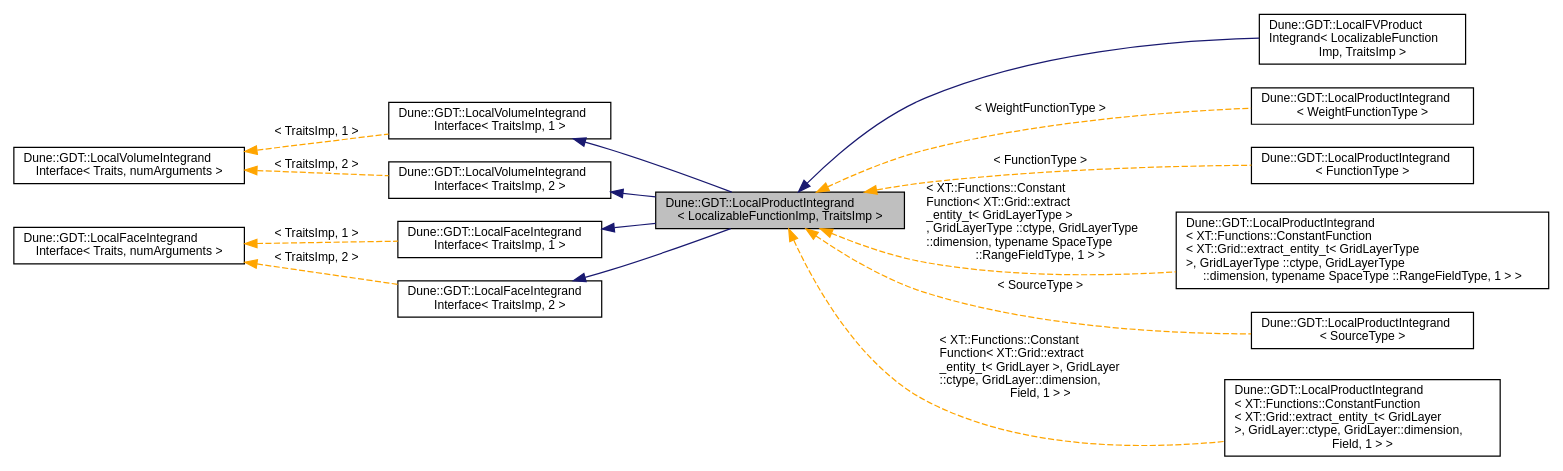
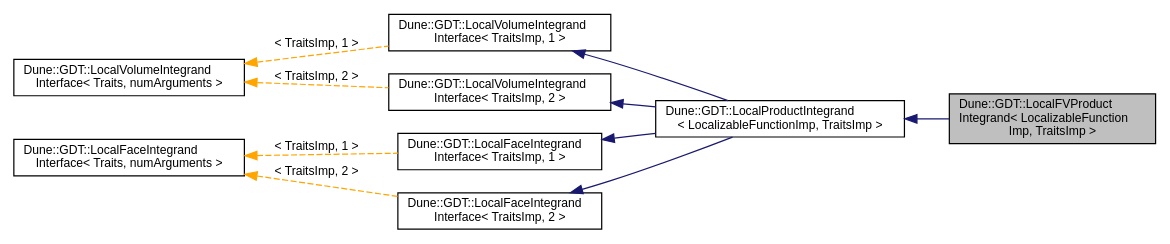
One commit to dune-community/dune-community.github.io changed the diagram in docs/dune-gdt/master/a01604.dot. Above: the diagram before and after it, drawn with Graphviz. The commit also changed 2446 other files, not shown here.

Commit message:
Updated documentation for dune-gdt master

```diff
--- a/docs/dune-gdt/master/a01604.dot
+++ b/docs/dune-gdt/master/a01604.dot
@@ -1,33 +1,23 @@
-digraph "Dune::GDT::LocalProductIntegrand&lt; LocalizableFunctionImp, TraitsImp &gt;"
+digraph "Dune::GDT::LocalFVProductIntegrand&lt; LocalizableFunctionImp, TraitsImp &gt;"
 {
   edge [fontname="Helvetica",fontsize="10",labelfontname="Helvetica",labelfontsize="10"];
   node [fontname="Helvetica",fontsize="10",shape=record];
   rankdir="LR";
-  Node0 [label="Dune::GDT::LocalProductIntegrand\l\< LocalizableFunctionImp, TraitsImp \>",height=0.2,width=0.4,color="black", fillcolor="grey75", style="filled", fontcolor="black"];
+  Node0 [label="Dune::GDT::LocalFVProduct\lIntegrand\< LocalizableFunction\lImp, TraitsImp \>",height=0.2,width=0.4,color="black", fillcolor="grey75", style="filled", fontcolor="black"];
   Node1 -> Node0 [dir="back",color="midnightblue",fontsize="10",style="solid",fontname="Helvetica"];
-  Node1 [label="Dune::GDT::LocalVolumeIntegrand\lInterface\< TraitsImp, 1 \>",height=0.2,width=0.4,color="black", fillcolor="white", style="filled",URL="$a01545.html"];
-  Node2 -> Node1 [dir="back",color="orange",fontsize="10",style="dashed",label=" \< TraitsImp, 1 \>" ,fontname="Helvetica"];
-  Node2 [label="Dune::GDT::LocalVolumeIntegrand\lInterface\< Traits, numArguments \>",height=0.2,width=0.4,color="black", fillcolor="white", style="filled",URL="$a01545.html",tooltip="Interface for local evaluations that depend on a codim 0 entity. "];
-  Node3 -> Node0 [dir="back",color="midnightblue",fontsize="10",style="solid",fontname="Helvetica"];
-  Node3 [label="Dune::GDT::LocalVolumeIntegrand\lInterface\< TraitsImp, 2 \>",height=0.2,width=0.4,color="black", fillcolor="white", style="filled",URL="$a01545.html"];
-  Node2 -> Node3 [dir="back",color="orange",fontsize="10",style="dashed",label=" \< TraitsImp, 2 \>" ,fontname="Helvetica"];
-  Node4 -> Node0 [dir="back",color="midnightblue",fontsize="10",style="solid",fontname="Helvetica"];
-  Node4 [label="Dune::GDT::LocalFaceIntegrand\lInterface\< TraitsImp, 1 \>",height=0.2,width=0.4,color="black", fillcolor="white", style="filled",URL="$a01557.html"];
-  Node5 -> Node4 [dir="back",color="orange",fontsize="10",style="dashed",label=" \< TraitsImp, 1 \>" ,fontname="Helvetica"];
-  Node5 [label="Dune::GDT::LocalFaceIntegrand\lInterface\< Traits, numArguments \>",height=0.2,width=0.4,color="black", fillcolor="white", style="filled",URL="$a01557.html",tooltip="Interface for local evaluations that depend on an intersection. "];
-  Node6 -> Node0 [dir="back",color="midnightblue",fontsize="10",style="solid",fontname="Helvetica"];
-  Node6 [label="Dune::GDT::LocalFaceIntegrand\lInterface\< TraitsImp, 2 \>",height=0.2,width=0.4,color="black", fillcolor="white", style="filled",URL="$a01557.html"];
-  Node5 -> Node6 [dir="back",color="orange",fontsize="10",style="dashed",label=" \< TraitsImp, 2 \>" ,fontname="Helvetica"];
-  Node0 -> Node7 [dir="back",color="midnightblue",fontsize="10",style="solid",fontname="Helvetica"];
-  Node7 [label="Dune::GDT::LocalFVProduct\lIntegrand\< LocalizableFunction\lImp, TraitsImp \>",height=0.2,width=0.4,color="black", fillcolor="white", style="filled",URL="$a01609.html",tooltip="Computes a product evaluation for a finite volume basis. "];
-  Node0 -> Node8 [dir="back",color="orange",fontsize="10",style="dashed",label=" \< WeightFunctionType \>" ,fontname="Helvetica"];
-  Node8 [label="Dune::GDT::LocalProductIntegrand\l\< WeightFunctionType \>",height=0.2,width=0.4,color="black", fillcolor="white", style="filled",URL="$a01605.html"];
-  Node0 -> Node9 [dir="back",color="orange",fontsize="10",style="dashed",label=" \< FunctionType \>" ,fontname="Helvetica"];
-  Node9 [label="Dune::GDT::LocalProductIntegrand\l\< FunctionType \>",height=0.2,width=0.4,color="black", fillcolor="white", style="filled",URL="$a01605.html"];
-  Node0 -> Node10 [dir="back",color="orange",fontsize="10",style="dashed",label=" \< XT::Functions::Constant\lFunction\< XT::Grid::extract\l_entity_t\< GridLayerType \>\l, GridLayerType ::ctype, GridLayerType\l ::dimension, typename SpaceType \l::RangeFieldType, 1 \> \>" ,fontname="Helvetica"];
-  Node10 [label="Dune::GDT::LocalProductIntegrand\l\< XT::Functions::ConstantFunction\l\< XT::Grid::extract_entity_t\< GridLayerType\l \>, GridLayerType ::ctype, GridLayerType\l ::dimension, typename SpaceType ::RangeFieldType, 1 \> \>",height=0.2,width=0.4,color="black", fillcolor="white", style="filled",URL="$a01605.html"];
-  Node0 -> Node11 [dir="back",color="orange",fontsize="10",style="dashed",label=" \< SourceType \>" ,fontname="Helvetica"];
-  Node11 [label="Dune::GDT::LocalProductIntegrand\l\< SourceType \>",height=0.2,width=0.4,color="black", fillcolor="white", style="filled",URL="$a01605.html"];
-  Node0 -> Node12 [dir="back",color="orange",fontsize="10",style="dashed",label=" \< XT::Functions::Constant\lFunction\< XT::Grid::extract\l_entity_t\< GridLayer \>, GridLayer\l::ctype, GridLayer::dimension,\l Field, 1 \> \>" ,fontname="Helvetica"];
-  Node12 [label="Dune::GDT::LocalProductIntegrand\l\< XT::Functions::ConstantFunction\l\< XT::Grid::extract_entity_t\< GridLayer\l \>, GridLayer::ctype, GridLayer::dimension,\l Field, 1 \> \>",height=0.2,width=0.4,color="black", fillcolor="white", style="filled",URL="$a01605.html"];
+  Node1 [label="Dune::GDT::LocalProductIntegrand\l\< LocalizableFunctionImp, TraitsImp \>",height=0.2,width=0.4,color="black", fillcolor="white", style="filled",URL="$a01601.html",tooltip="Computes a product evaluation. "];
+  Node2 -> Node1 [dir="back",color="midnightblue",fontsize="10",style="solid",fontname="Helvetica"];
+  Node2 [label="Dune::GDT::LocalVolumeIntegrand\lInterface\< TraitsImp, 1 \>",height=0.2,width=0.4,color="black", fillcolor="white", style="filled",URL="$a01541.html"];
+  Node3 -> Node2 [dir="back",color="orange",fontsize="10",style="dashed",label=" \< TraitsImp, 1 \>" ,fontname="Helvetica"];
+  Node3 [label="Dune::GDT::LocalVolumeIntegrand\lInterface\< Traits, numArguments \>",height=0.2,width=0.4,color="black", fillcolor="white", style="filled",URL="$a01541.html",tooltip="Interface for local evaluations that depend on a codim 0 entity. "];
+  Node4 -> Node1 [dir="back",color="midnightblue",fontsize="10",style="solid",fontname="Helvetica"];
+  Node4 [label="Dune::GDT::LocalVolumeIntegrand\lInterface\< TraitsImp, 2 \>",height=0.2,width=0.4,color="black", fillcolor="white", style="filled",URL="$a01541.html"];
+  Node3 -> Node4 [dir="back",color="orange",fontsize="10",style="dashed",label=" \< TraitsImp, 2 \>" ,fontname="Helvetica"];
+  Node5 -> Node1 [dir="back",color="midnightblue",fontsize="10",style="solid",fontname="Helvetica"];
+  Node5 [label="Dune::GDT::LocalFaceIntegrand\lInterface\< TraitsImp, 1 \>",height=0.2,width=0.4,color="black", fillcolor="white", style="filled",URL="$a01553.html"];
+  Node6 -> Node5 [dir="back",color="orange",fontsize="10",style="dashed",label=" \< TraitsImp, 1 \>" ,fontname="Helvetica"];
+  Node6 [label="Dune::GDT::LocalFaceIntegrand\lInterface\< Traits, numArguments \>",height=0.2,width=0.4,color="black", fillcolor="white", style="filled",URL="$a01553.html",tooltip="Interface for local evaluations that depend on an intersection. "];
+  Node7 -> Node1 [dir="back",color="midnightblue",fontsize="10",style="solid",fontname="Helvetica"];
+  Node7 [label="Dune::GDT::LocalFaceIntegrand\lInterface\< TraitsImp, 2 \>",height=0.2,width=0.4,color="black", fillcolor="white", style="filled",URL="$a01553.html"];
+  Node6 -> Node7 [dir="back",color="orange",fontsize="10",style="dashed",label=" \< TraitsImp, 2 \>" ,fontname="Helvetica"];
 }
```
